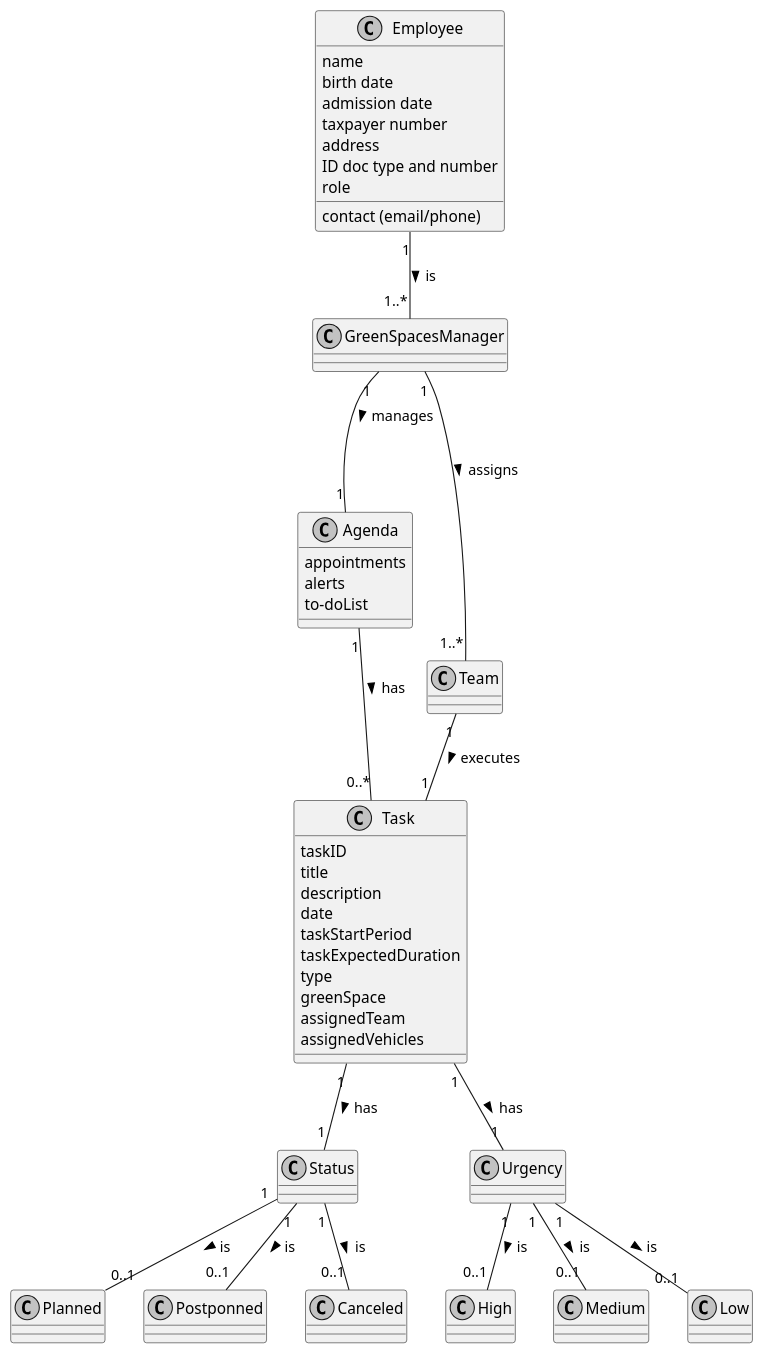
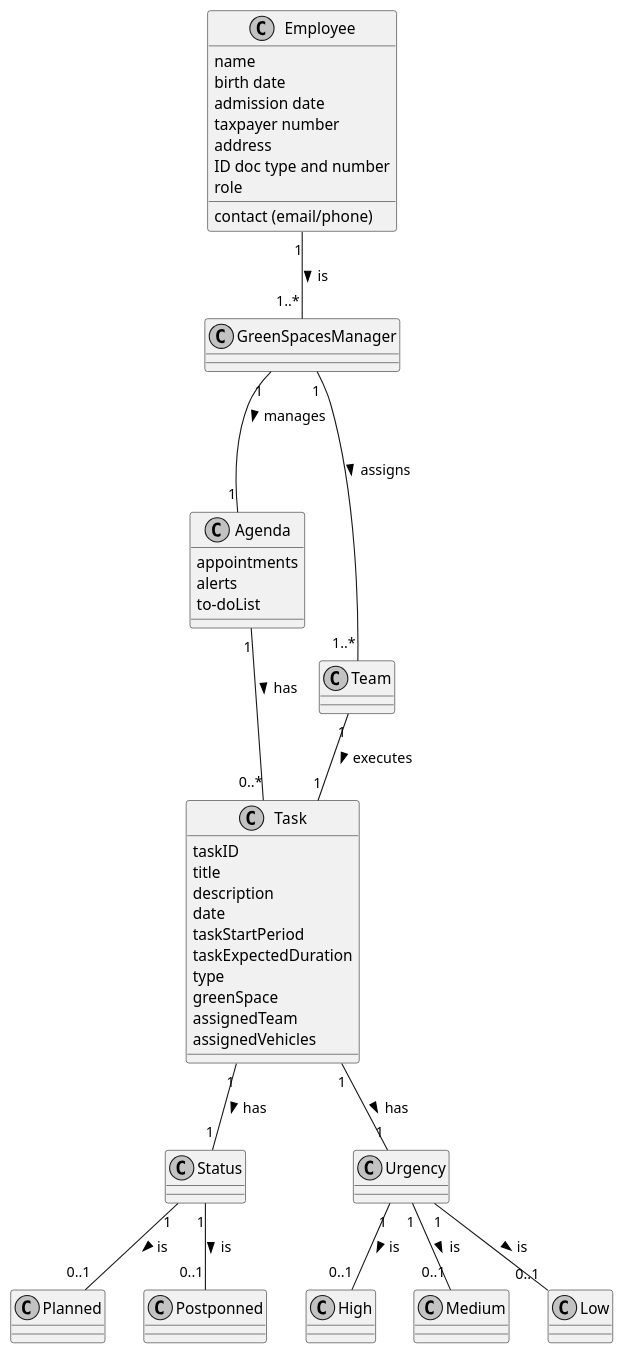
One commit to LopemigueISEP/lei-24-s2-1nb-g312 changed the diagram in docs/sprintC/US024/02.analysis/puml/us024-domain-model.puml. Above: the diagram before and after it, drawn with PlantUML. The commit also changed 16 other files, not shown here.

```diff
--- a/docs/sprintC/US024/02.analysis/puml/us024-domain-model.puml
+++ b/docs/sprintC/US024/02.analysis/puml/us024-domain-model.puml
@@ -1,70 +1,69 @@
 @startuml
 skinparam monochrome true
 skinparam packageStyle rectangle
 skinparam shadowing false
 
 skinparam classAttributeIconSize 0
 
 class Employee {
     name
     birth date
     contact (email/phone)
     admission date
     taxpayer number
     address
     ID doc type and number
     role
 }
 
 
 
 class Agenda {
     appointments
     alerts
     to-doList
 }
 
 class Task {
     taskID
     title
     description
     date
     taskStartPeriod
     taskExpectedDuration
     type
     greenSpace
     assignedTeam
     assignedVehicles
 }
 
 class Status {
 }
 
 class Urgency{
 }
 
 class GreenSpacesManager{
 
 }
 
 
 
 class Team{
 }
 
 Employee "1" -- "1..*" GreenSpacesManager : is >
 Agenda "1" -- "0..*" Task : has >
 Team "1" -- "1" Task : executes >
 GreenSpacesManager "1" -- "1" Agenda : manages >
 GreenSpacesManager "1" --- "1..*" Team : assigns >
 Task "1" -- "1" Status : has >
 Task "1" -- "1" Urgency : has >
 Status "1" -- "0..1" Planned : is >
 Status "1" -- "0..1" Postponned : is >
-Status "1" -- "0..1" Canceled : is >
 Urgency "1" -- "0..1" High : is >
 Urgency "1" -- "0..1" Medium : is >
 Urgency "1" -- "0..1" Low : is >
 
 
 @enduml
```
